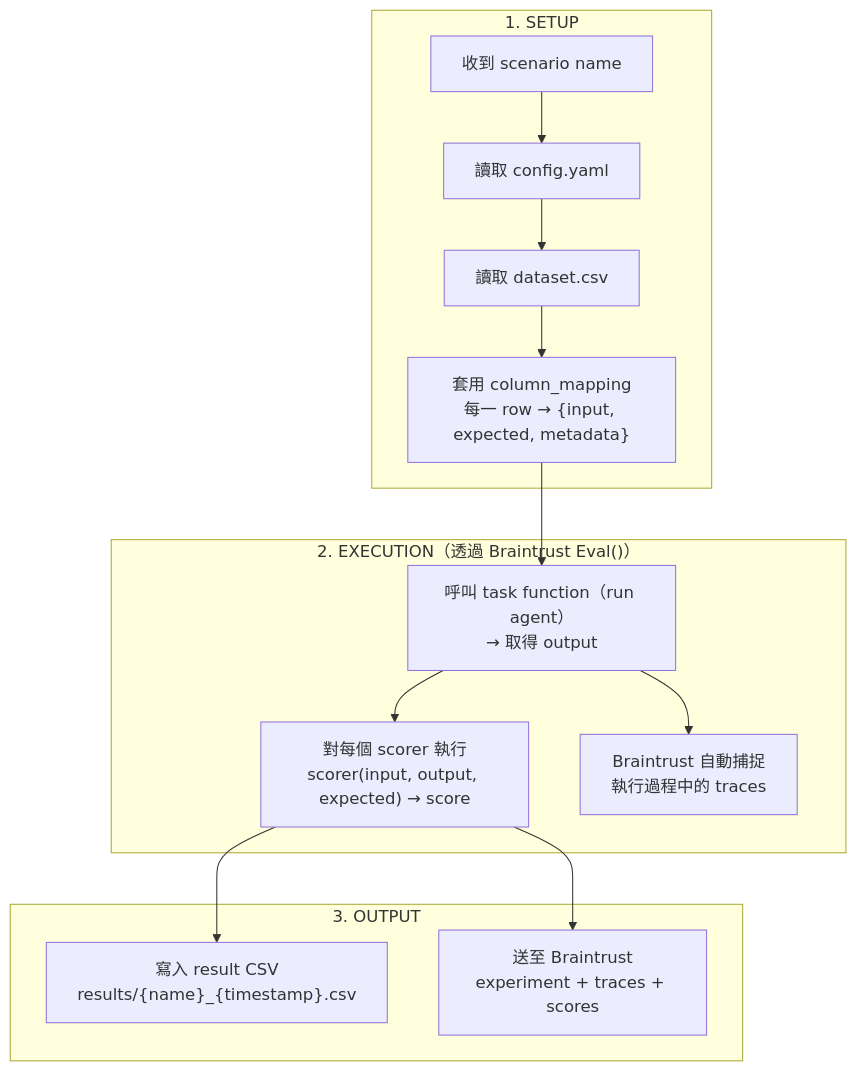
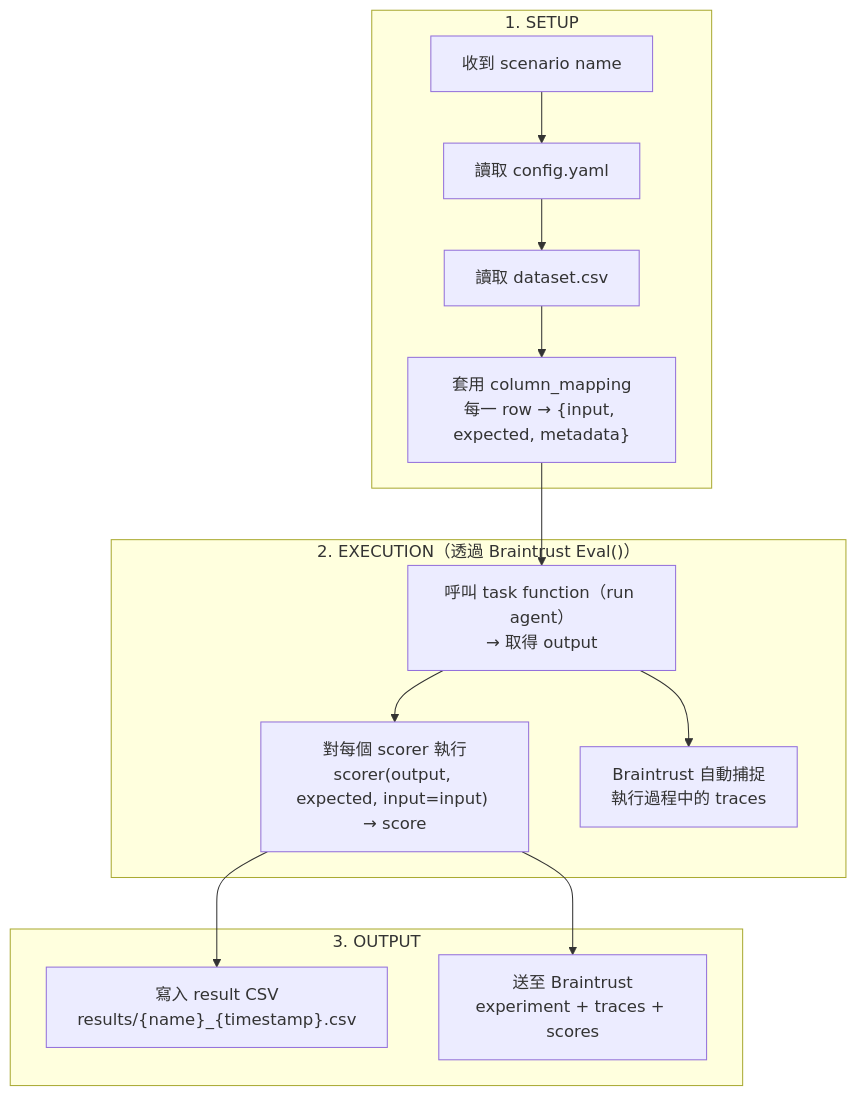
The second of 4 diagrams in .artifacts/current/design.md (wei-yiting/fin-lab-x), drawn with Mermaid before and after one commit. The commit also changed other lines of this file and 9 other files, not shown here.

````diff
--- a/.artifacts/current/design.md
+++ b/.artifacts/current/design.md
@@ -118,27 +125,27 @@
 ```mermaid
 graph TD
     subgraph Setup["1. SETUP"]
         Name["收到 scenario name"]
         ReadConfig["讀取 config.yaml"]
         ReadCSV["讀取 dataset.csv"]
         Transform["套用 column_mapping<br/>每一 row → {input, expected, metadata}"]
         Name --> ReadConfig --> ReadCSV --> Transform
     end
 
     subgraph Execution["2. EXECUTION（透過 Braintrust Eval()）"]
         Task["呼叫 task function（run agent）<br/>→ 取得 output"]
-        Score["對每個 scorer 執行<br/>scorer(input, output, expected) → score"]
+        Score["對每個 scorer 執行<br/>scorer(output, expected, input=input) → score"]
         Trace["Braintrust 自動捕捉<br/>執行過程中的 traces"]
         Task --> Score
         Task --> Trace
     end
 
     subgraph Output["3. OUTPUT"]
         CSV2["寫入 result CSV<br/>results/{name}_{timestamp}.csv"]
         BT["送至 Braintrust<br/>experiment + traces + scores"]
     end
 
     Transform --> Task
     Score --> CSV2
     Score --> BT
 ```
````
